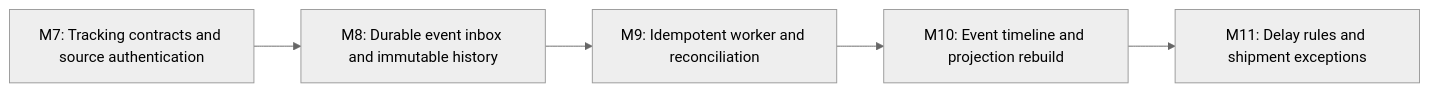
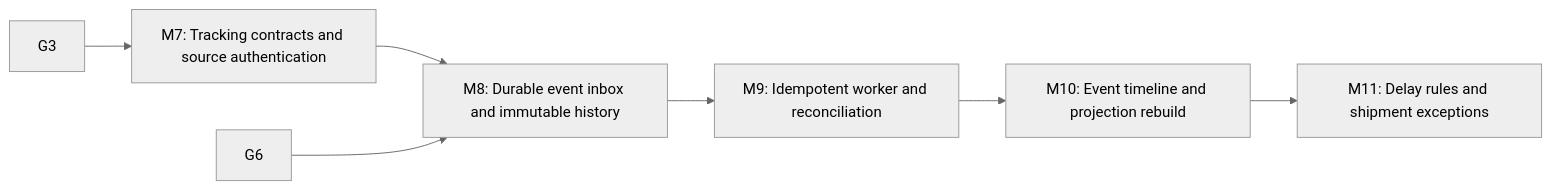
The third of 32 diagrams in docs/EXECUTION_GRAPH.md (ekamal22/HarborOps-Enterprise-Maritime-Logistics-IT-Operations-Platform), drawn with Mermaid (neutral theme) before and after one commit. The commit also changed other lines of this file and 2 other files, not shown here.

````diff
--- a/docs/EXECUTION_GRAPH.md
+++ b/docs/EXECUTION_GRAPH.md
@@ -59,9 +124,14 @@
 ```mermaid
 flowchart LR
   G7["M7: Tracking contracts and source authentication"]
   G8["M8: Durable event inbox and immutable history"]
   G9["M9: Idempotent worker and reconciliation"]
   G10["M10: Event timeline and projection rebuild"]
   G11["M11: Delay rules and shipment exceptions"]
-  G7 --> G8 --> G9 --> G10 --> G11
+  G3 --> G7
+  G7 --> G8
+  G6 --> G8
+  G8 --> G9
+  G9 --> G10
+  G10 --> G11
 ```
````
